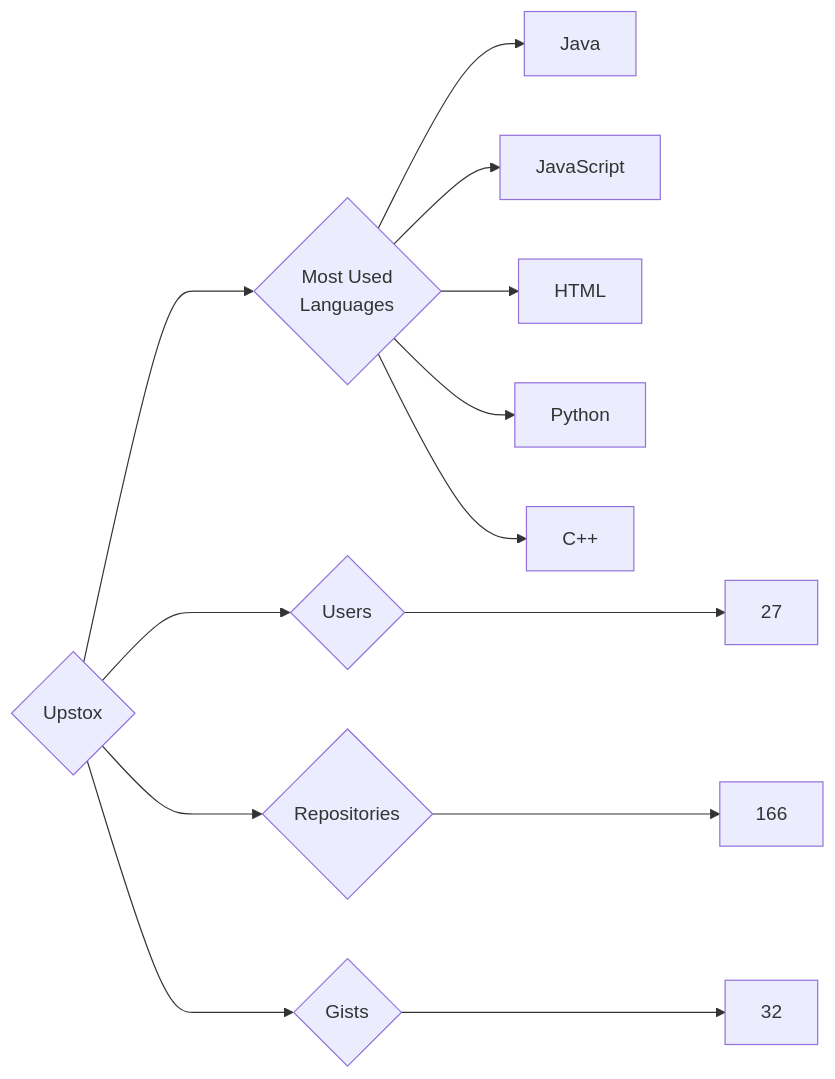
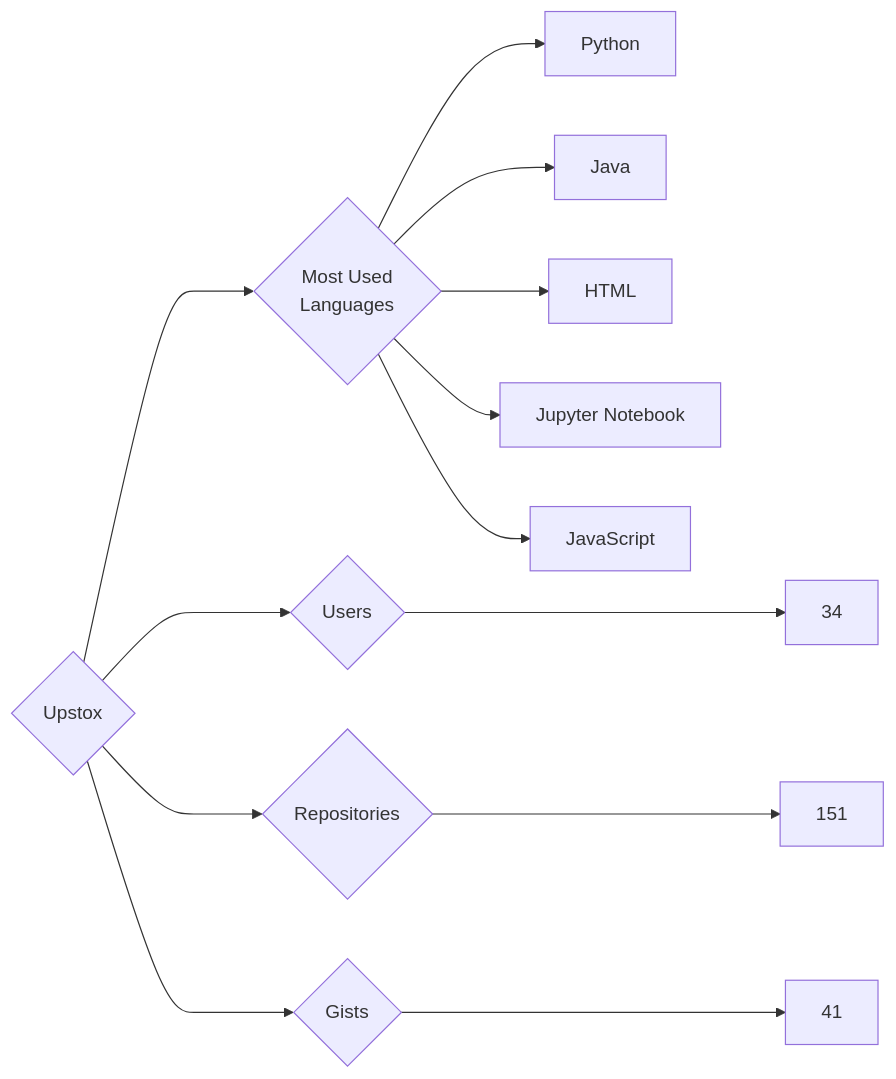
Before and after one commit to trickest/insiders: the diagram in targets/Upstox/README.md, drawn with Mermaid. The commit also changed 1011 other files, not shown here.

````diff
--- a/targets/Upstox/README.md
+++ b/targets/Upstox/README.md
@@ -3,13 +3,13 @@
 ```mermaid
 graph LR
 COMPANY_NAME{Upstox}
-COMPANY_NAME ---> U{Users} ---> UN[27]
-COMPANY_NAME ---> R{Repositories} ---> RN[166]
-COMPANY_NAME ---> G{Gists} ---> GN[32]
+COMPANY_NAME ---> U{Users} ---> UN[34]
+COMPANY_NAME ---> R{Repositories} ---> RN[151]
+COMPANY_NAME ---> G{Gists} ---> GN[41]
 COMPANY_NAME ---> ML{Most Used<br>Languages}
+ML --> Python[Python]
 ML --> Java[Java]
+ML --> HTML[HTML]
+ML --> Jupyter_Notebook[Jupyter Notebook]
 ML --> JavaScript[JavaScript]
-ML --> HTML[HTML]
-ML --> Python[Python]
-ML --> C++[C++]
 ```
````
